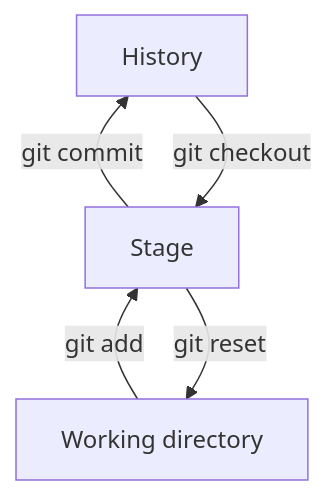
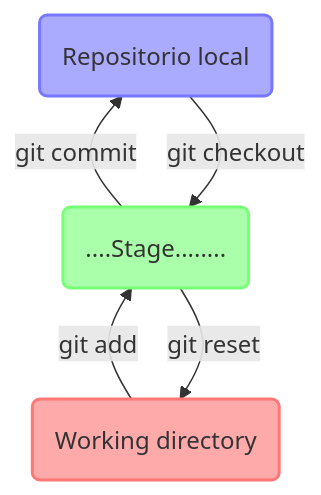
The first of 5 diagrams in _clases/git.md (ramespada/sintaxis), drawn with Mermaid before and after one commit. The commit also changed other lines of this file and 1 other file, not shown here.

````diff
--- a/_clases/git.md
+++ b/_clases/git.md
@@ -36,10 +33,13 @@
 ```mermaid
 flowchart BT
-W[Working directory];
-S[Stage];
-H[History];
+W(Working directory);
+S(....Stage........);
+H(Repositorio local);
 H--git checkout-->S;
 S--git reset   -->W;
 W--git add     -->S;
 S--git commit  -->H;
+    style W fill:#faa,stroke:#f77,stroke-width:2px,padding:20px
+    style S fill:#afa,stroke:#7f7,stroke-width:2px,padding:20px
+    style H fill:#aaf,stroke:#77f,stroke-width:2px,padding:20px 
 ```
````
